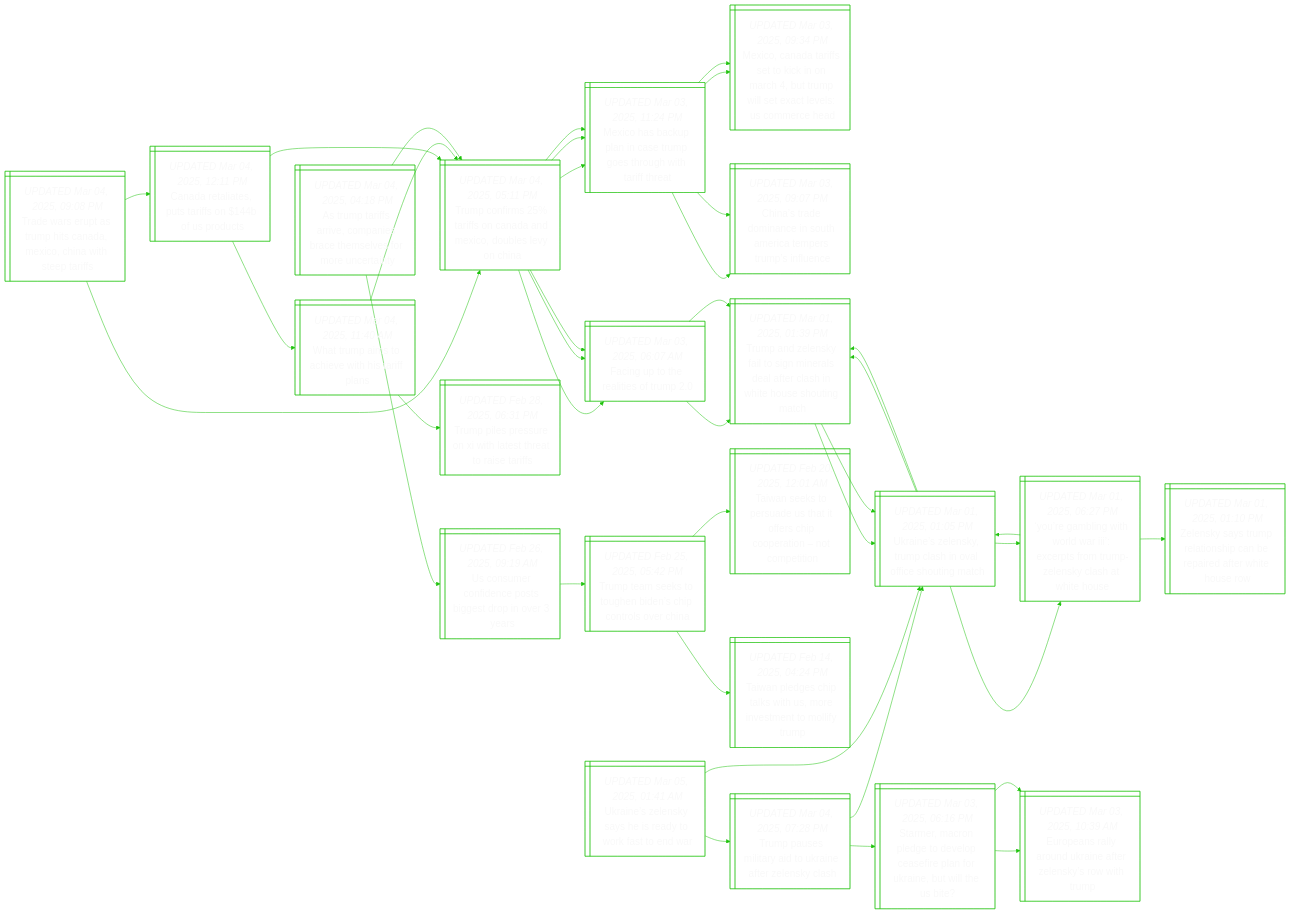
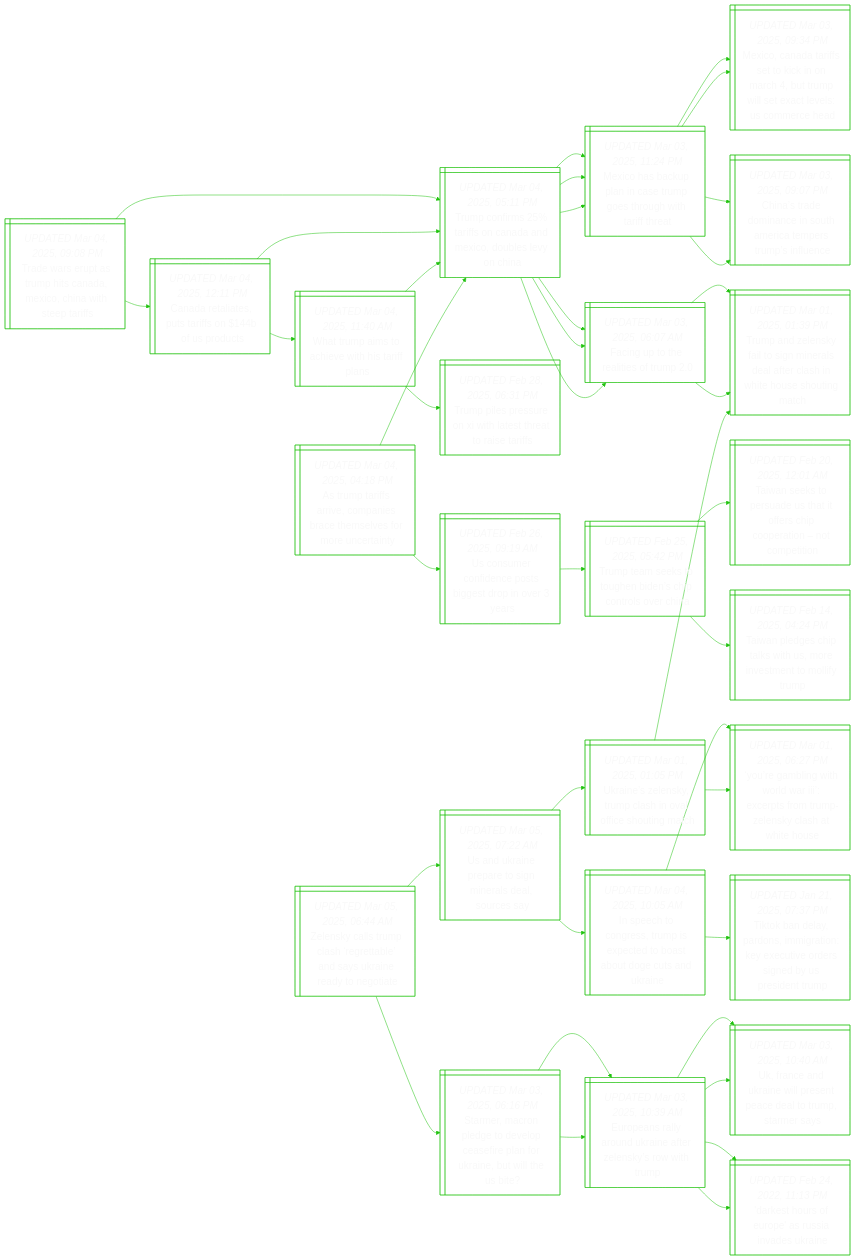
The diagram in README.md (notJmes/notJmes), drawn with Mermaid before and after one commit. The commit also changed other lines of this file, not shown here.

````diff
--- a/README.md
+++ b/README.md
@@ -93,10 +93,16 @@
 TteohdhnsC:::txtsize --> Tnsreafcoanmt:::txtsize
 TteohdhnsC:::txtsize --> Tngikhrenoyp:::txtsize
 
-Unlyheofoa@{ shape: win-pane, label: "_UPDATED Mar 05, 2025, 01:41 AM_
-Ukraine’s zelensky says he is ready to work fast to end war" }
-Tpstikernl@{ shape: win-pane, label: "_UPDATED Mar 04, 2025, 07:28 PM_
-Trump pauses military aid to ukraine after zelensky clash" }
+Zsluagansiani@{ shape: win-pane, label: "_UPDATED Mar 05, 2025, 06:44 AM_
+Zelensky calls trump clash ‘regrettable’ and says ukraine ready to negotiate" }
+UUnpomaara@{ shape: win-pane, label: "_UPDATED Mar 05, 2025, 07:22 AM_
+Us and ukraine prepare to sign minerals deal, sources say" }
+IeCeuetbaDudi@{ shape: win-pane, label: "_UPDATED Mar 04, 2025, 10:05 AM_
+In speech to congress, trump is expected to boast about doge cuts and ukraine" }
+YgitlIcsTZsaWH@{ shape: win-pane, label: "_UPDATED Mar 01, 2025, 06:27 PM_
+‘you’re gambling with world war iii’: excerpts from trump-zelensky clash at white house" }
+TkeasgoetrsdPdr@{ shape: win-pane, label: "_UPDATED Jan 21, 2025, 07:37 PM_
+Tiktok ban delay, pardons, immigration: key executive orders signed by us president trump" }
 Unlyphaiogh@{ shape: win-pane, label: "_UPDATED Mar 01, 2025, 01:05 PM_
 Ukraine’s zelensky, trump clash in oval office shouting match" }
 TalytnretaWHsit@{ shape: win-pane, label: "_UPDATED Mar 01, 2025, 01:39 PM_
@@ -107,36 +113,30 @@
 Starmer, macron pledge to develop ceasefire plan for ukraine, but will the us bite?" }
 EearUneesiu@{ shape: win-pane, label: "_UPDATED Mar 03, 2025, 10:39 AM_
 Europeans rally around ukraine after zelensky’s row with trump" }
+UndilseeTSes@{ shape: win-pane, label: "_UPDATED Mar 03, 2025, 10:40 AM_
+Uk, france and ukraine will present peace deal to trump, starmer says" }
+DsruasvUn@{ shape: win-pane, label: "_UPDATED Feb 24, 2022, 11:13 PM_
+'darkest hours of europe' as russia invades ukraine" }
 EearUneesiu@{ shape: win-pane, label: "_UPDATED Mar 03, 2025, 10:39 AM_
 Europeans rally around ukraine after zelensky’s row with trump" }
-Unlyphaiogh@{ shape: win-pane, label: "_UPDATED Mar 01, 2025, 01:05 PM_
-Ukraine’s zelensky, trump clash in oval office shouting match" }
-TalytnretaWHsit@{ shape: win-pane, label: "_UPDATED Mar 01, 2025, 01:39 PM_
-Trump and zelensky fail to sign minerals deal after clash in white house shouting match" }
-Unlyphaiogh@{ shape: win-pane, label: "_UPDATED Mar 01, 2025, 01:05 PM_
-Ukraine’s zelensky, trump clash in oval office shouting match" }
-Unlyphaiogh@{ shape: win-pane, label: "_UPDATED Mar 01, 2025, 01:05 PM_
-Ukraine’s zelensky, trump clash in oval office shouting match" }
-YgitlIcsTZsaWH@{ shape: win-pane, label: "_UPDATED Mar 01, 2025, 06:27 PM_
-‘you’re gambling with world war iii’: excerpts from trump-zelensky clash at white house" }
-Unlyphaiogh@{ shape: win-pane, label: "_UPDATED Mar 01, 2025, 01:05 PM_
-Ukraine’s zelensky, trump clash in oval office shouting match" }
-Zsymasaeeets@{ shape: win-pane, label: "_UPDATED Mar 01, 2025, 01:10 PM_
-Zelensky says trump relationship can be repaired after white house row" }
+UndilseeTSes@{ shape: win-pane, label: "_UPDATED Mar 03, 2025, 10:40 AM_
+Uk, france and ukraine will present peace deal to trump, starmer says" }
+DsruasvUn@{ shape: win-pane, label: "_UPDATED Feb 24, 2022, 11:13 PM_
+'darkest hours of europe' as russia invades ukraine" }
 
-Unlyheofoa:::txtsize --> Tpstikernl:::txtsize
-Tpstikernl:::txtsize --> Unlyphaiogh:::txtsize
+Zsluagansiani:::txtsize --> UUnpomaara:::txtsize
+UUnpomaara:::txtsize --> IeCeuetbaDudi:::txtsize
+IeCeuetbaDudi:::txtsize --> YgitlIcsTZsaWH:::txtsize
+IeCeuetbaDudi:::txtsize --> TkeasgoetrsdPdr:::txtsize
+UUnpomaara:::txtsize --> Unlyphaiogh:::txtsize
 Unlyphaiogh:::txtsize --> TalytnretaWHsit:::txtsize
 Unlyphaiogh:::txtsize --> YgitlIcsTZsaWH:::txtsize
-Tpstikernl:::txtsize --> Sereolarnkeiet:::txtsize
+Zsluagansiani:::txtsize --> Sereolarnkeiet:::txtsize
 Sereolarnkeiet:::txtsize --> EearUneesiu:::txtsize
+EearUneesiu:::txtsize --> UndilseeTSes:::txtsize
+EearUneesiu:::txtsize --> DsruasvUn:::txtsize
 Sereolarnkeiet:::txtsize --> EearUneesiu:::txtsize
-Unlyheofoa:::txtsize --> Unlyphaiogh:::txtsize
-Unlyphaiogh:::txtsize --> TalytnretaWHsit:::txtsize
-TalytnretaWHsit:::txtsize --> Unlyphaiogh:::txtsize
-TalytnretaWHsit:::txtsize --> Unlyphaiogh:::txtsize
-Unlyphaiogh:::txtsize --> YgitlIcsTZsaWH:::txtsize
-YgitlIcsTZsaWH:::txtsize --> Unlyphaiogh:::txtsize
-YgitlIcsTZsaWH:::txtsize --> Zsymasaeeets:::txtsize
+EearUneesiu:::txtsize --> UndilseeTSes:::txtsize
+EearUneesiu:::txtsize --> DsruasvUn:::txtsize
 
 ```
````
